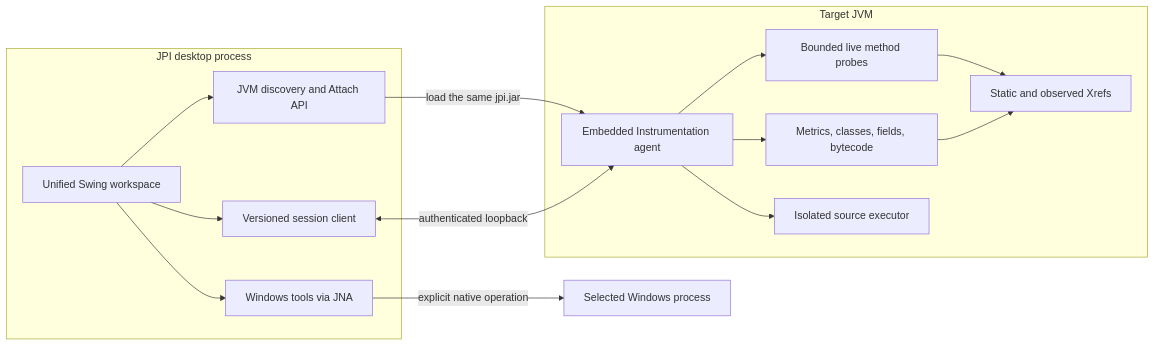
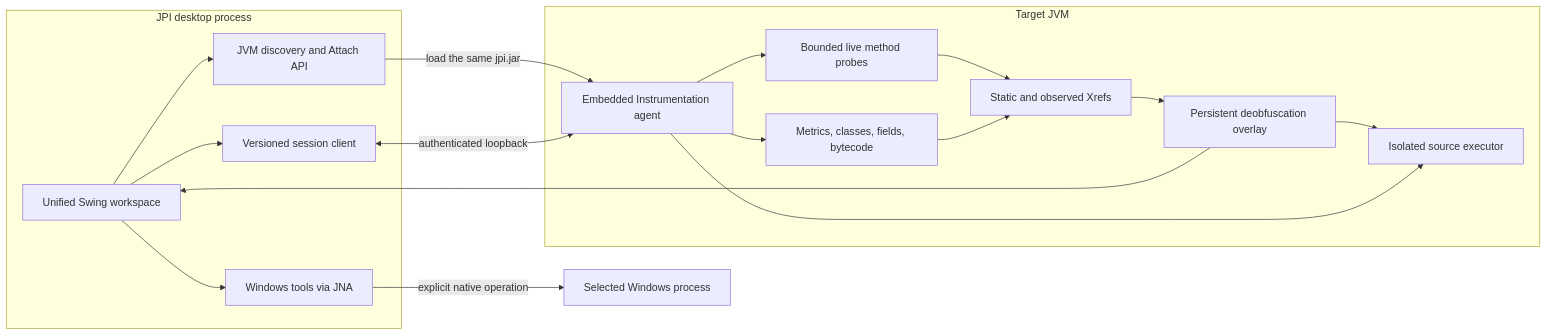
The diagram in README.md (0WhiteDev/Java-Process-Inspector), drawn with Mermaid before and after one commit. The commit also changed other lines of this file and 31 other files, not shown here.

Commit message:
feat: add persistent deobfuscation workspace and scoped AutoMap

````diff
--- a/README.md
+++ b/README.md
@@ -237,27 +266,31 @@
 ```mermaid
 flowchart LR
   subgraph controller [JPI desktop process]
     GUI[Unified Swing workspace]
     ATTACH[JVM discovery and Attach API]
     CLIENT[Versioned session client]
     WIN[Windows tools via JNA]
   end
   subgraph target [Target JVM]
     AGENT[Embedded Instrumentation agent]
     INSPECT[Metrics, classes, fields, bytecode]
     TRACE[Bounded live method probes]
     XREF[Static and observed Xrefs]
+    MAP[Persistent deobfuscation overlay]
     EXEC[Isolated source executor]
   end
   GUI --> ATTACH
   ATTACH -->|load the same jpi.jar| AGENT
   GUI --> CLIENT
   CLIENT <-->|authenticated loopback| AGENT
   AGENT --> INSPECT
   AGENT --> TRACE
   TRACE --> XREF
   INSPECT --> XREF
+  XREF --> MAP
+  MAP --> GUI
+  MAP --> EXEC
   AGENT --> EXEC
   GUI --> WIN
   WIN -->|explicit native operation| OS[Selected Windows process]
 ```
````
